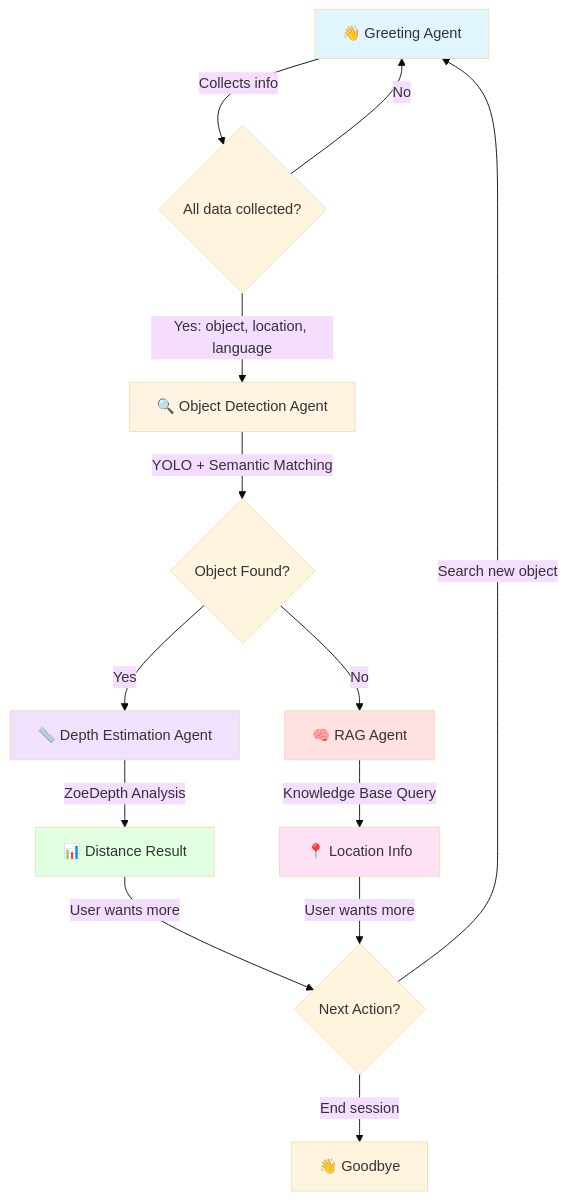
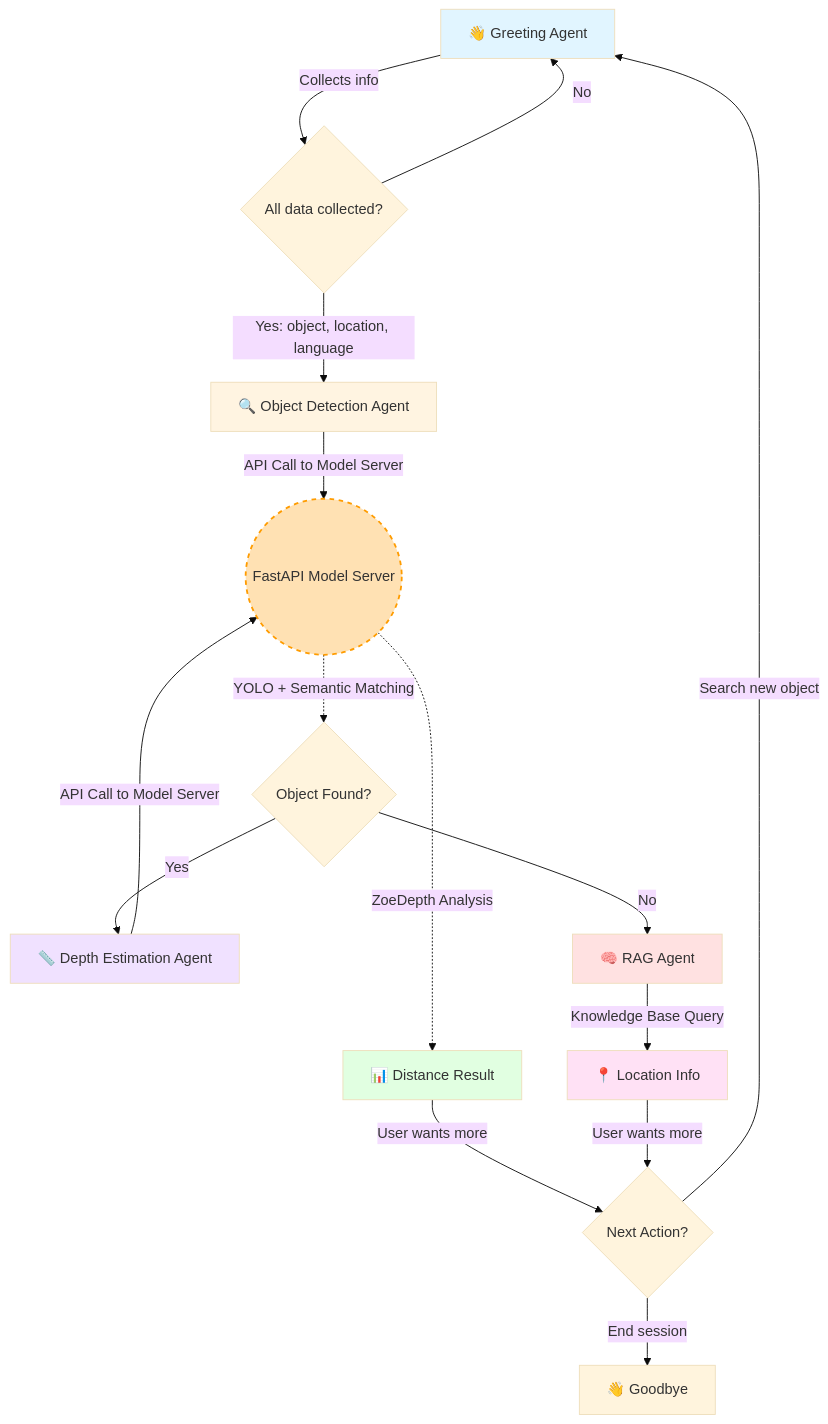
One commit to 21lakshh/Drishti changed the diagram in README.md. Above: the diagram before and after it, drawn with Mermaid (base theme). The commit also changed other lines of this file, not shown here.

````diff
--- a/README.md
+++ b/README.md
@@ -23,27 +23,30 @@
 ```mermaid
 graph TD
     A[👋 Greeting Agent] -->|Collects info| B{All data collected?}
     B -->|Yes: object, location, language| C[🔍 Object Detection Agent]
     B -->|No| A
     
-    C -->|YOLO + Semantic Matching| D{Object Found?}
+    C -->|API Call to Model Server| M((FastAPI Model Server))
+    M -.->|YOLO + Semantic Matching| D{Object Found?}
     
     D -->|Yes| E[📏 Depth Estimation Agent]
     D -->|No| F[🧠 RAG Agent]
     
-    E -->|ZoeDepth Analysis| G[📊 Distance Result]
+    E -->|API Call to Model Server| M
+    M -.->|ZoeDepth Analysis| G[📊 Distance Result]
     F -->|Knowledge Base Query| H[📍 Location Info]
     
     G -->|User wants more| I{Next Action?}
     H -->|User wants more| I
     
     I -->|Search new object| A
     I -->|End session| J[👋 Goodbye]
     
     style A fill:#e1f5ff
     style C fill:#fff4e1
     style E fill:#f0e1ff
     style F fill:#ffe1e1
     style G fill:#e1ffe1
     style H fill:#ffe1f5
+    style M fill:#ffe1b3,stroke:#ff9c00,stroke-width:2px,stroke-dasharray: 5 5
 ```
````
